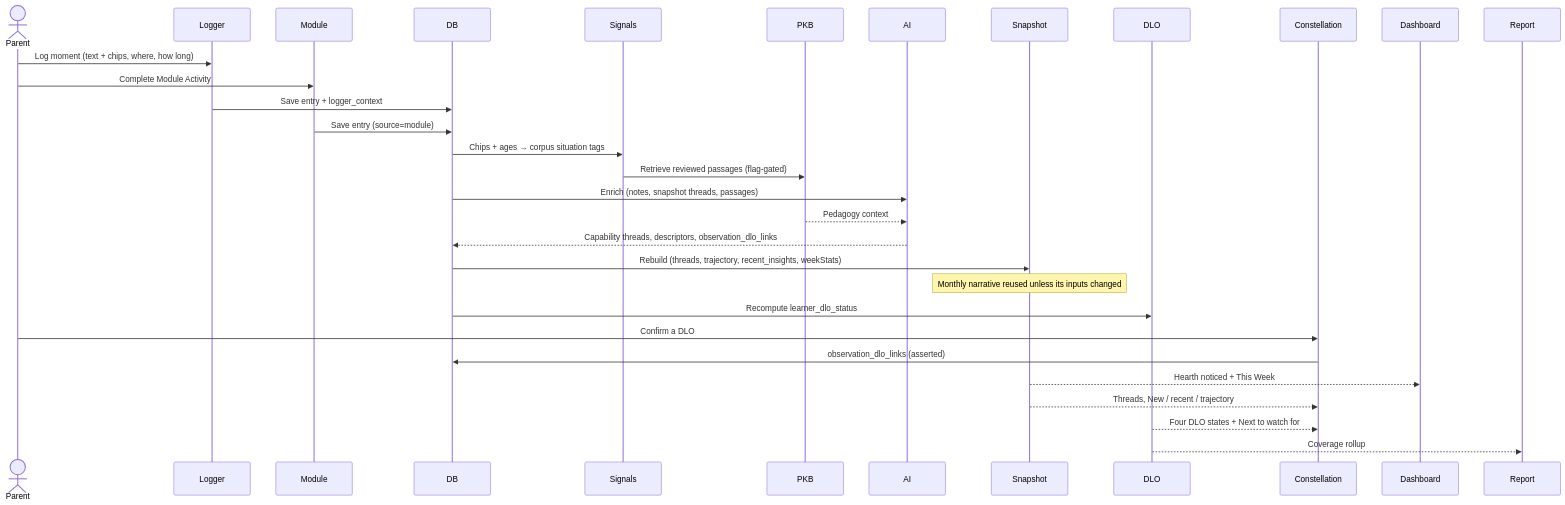
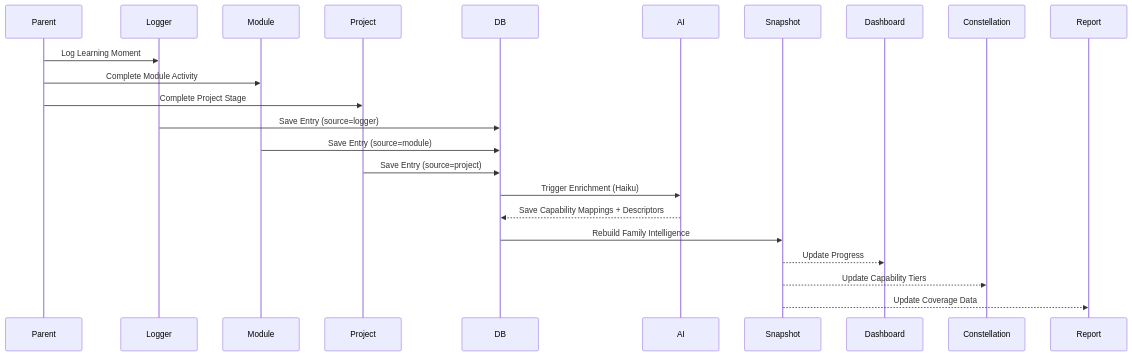
One commit to Glorptraag/hearth changed the second of 2 diagrams in docs/system-map.md. Above: the diagram before and after it, drawn with Mermaid. The commit also changed other lines of this file and 301 other files, not shown here.

First line of the commit message:
Launch pivot (Expo 9 Nov): Notice → Confirm Logger, Photo Read, Shelf, watch-for schema (#298)

````diff
--- a/docs/system-map.md
+++ b/docs/system-map.md
@@ -109,22 +99,15 @@
 ```mermaid
 sequenceDiagram
-    actor Parent
-    Parent->>Logger: Log moment (text + chips, where, how long)
+    Parent->>Logger: Log Learning Moment
     Parent->>Module: Complete Module Activity
-    Logger->>DB: Save entry + logger_context
-    Module->>DB: Save entry (source=module)
-    DB->>Signals: Chips + ages → corpus situation tags
-    Signals->>PKB: Retrieve reviewed passages (flag-gated)
-    DB->>AI: Enrich (notes, snapshot threads, passages)
-    PKB-->>AI: Pedagogy context
-    AI-->>DB: Capability threads, descriptors, observation_dlo_links
-    DB->>Snapshot: Rebuild (threads, trajectory, recent_insights, weekStats)
-    Note over Snapshot: Monthly narrative reused unless its inputs changed
-    DB->>DLO: Recompute learner_dlo_status
-    Parent->>Constellation: Confirm a DLO
-    Constellation->>DB: observation_dlo_links (asserted)
-    Snapshot-->>Dashboard: Hearth noticed + This Week
-    Snapshot-->>Constellation: Threads, New / recent / trajectory
-    DLO-->>Constellation: Four DLO states + Next to watch for
-    DLO-->>Report: Coverage rollup
+    Parent->>Project: Complete Project Stage
+    Logger->>DB: Save Entry (source=logger)
+    Module->>DB: Save Entry (source=module)
+    Project->>DB: Save Entry (source=project)
+    DB->>AI: Trigger Enrichment (Haiku)
+    AI-->>DB: Save Capability Mappings + Descriptors
+    DB->>Snapshot: Rebuild Family Intelligence
+    Snapshot-->>Dashboard: Update Progress
+    Snapshot-->>Constellation: Update Capability Tiers
+    Snapshot-->>Report: Update Coverage Data
 ```
````
